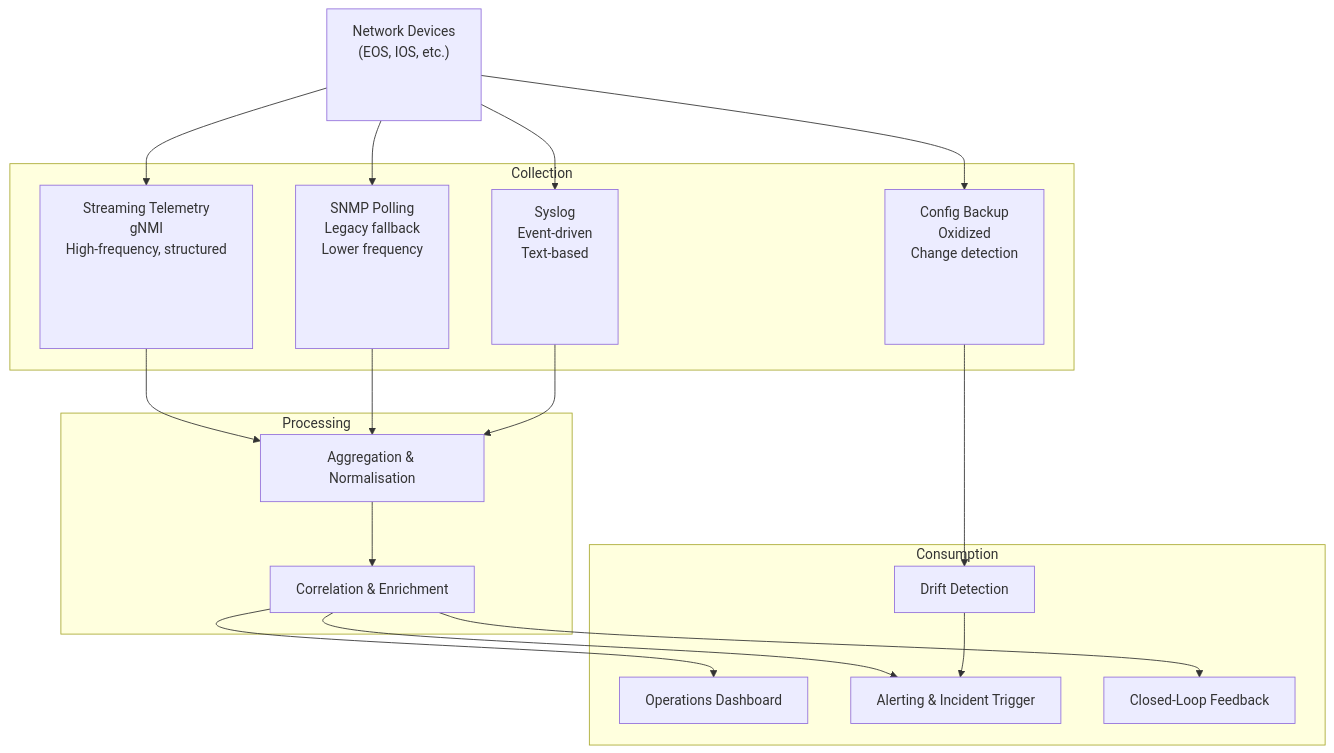
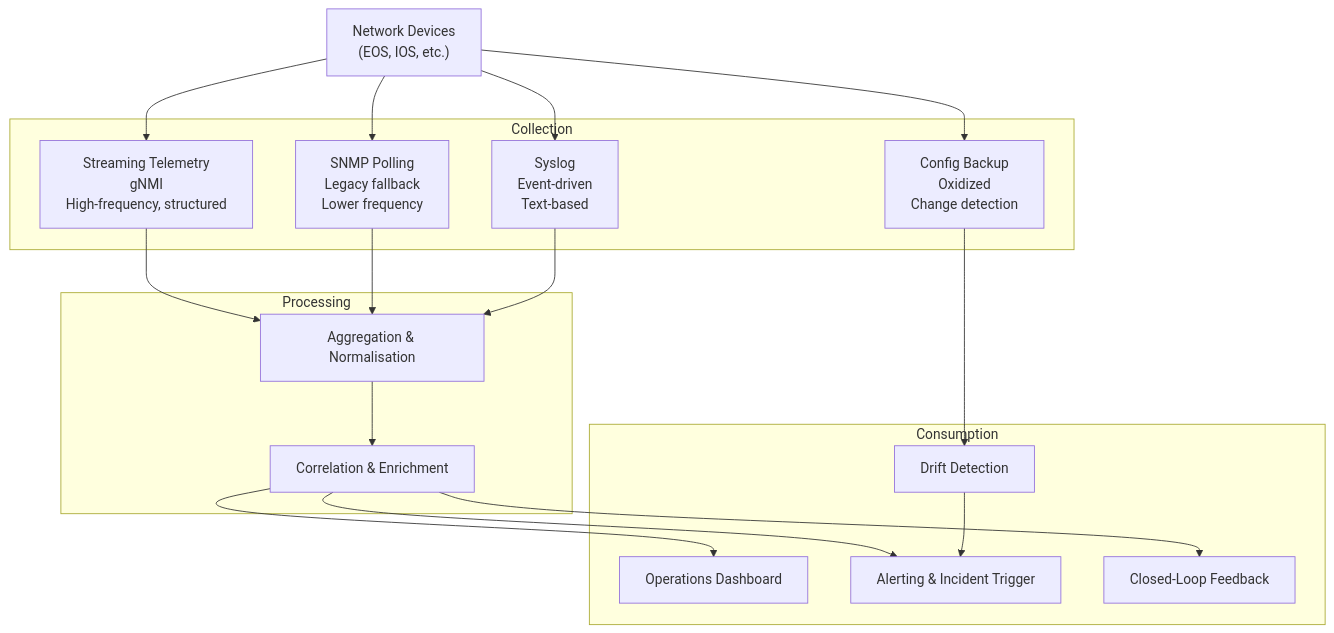
The first of 4 diagrams in 08-operations-automation/chapter.md (ppklau/network_automation_handbook), drawn with Mermaid before and after one commit. The commit also changed other lines of this file and 9 other files, not shown here.

Commit message:
Updated Mermaid charts.

````diff
--- a/08-operations-automation/chapter.md
+++ b/08-operations-automation/chapter.md
@@ -42,30 +42,30 @@
 ```mermaid
 graph TD
-    DEV["<div style='min-height:100px'>Network Devices<br>(EOS, IOS, etc.)</div>"]
+    DEV["Network Devices<br>(EOS, IOS, etc.)"]
 
     subgraph "Collection"
-        TEL["<div style='min-height:160px'>Streaming Telemetry<br>gNMI<br>High-frequency, structured</div>"]
-        SNMP["<div style='min-height:160px'>SNMP Polling<br>Legacy fallback<br>Lower frequency</div>"]
-        LOG["<div style='min-height:150px'>Syslog<br>Event-driven<br>Text-based</div>"]
-        CFG["<div style='min-height:150px'>Config Backup<br>Oxidized<br>Change detection</div>"]
+        TEL["Streaming Telemetry<br>gNMI<br>High-frequency, structured"]
+        SNMP["SNMP Polling<br>Legacy fallback<br>Lower frequency"]
+        LOG["Syslog<br>Event-driven<br>Text-based"]
+        CFG["Config Backup<br>Oxidized<br>Change detection"]
     end
 
     subgraph "Processing"
         AGG["Aggregation & Normalisation"]
         COR["Correlation & Enrichment"]
     end
 
     subgraph "Consumption"
         DASH["Operations Dashboard"]
         ALERT["Alerting & Incident Trigger"]
         DRIFT["Drift Detection"]
         FEED["Closed-Loop Feedback"]
     end
 
     DEV --> TEL & SNMP & LOG & CFG
     TEL & SNMP & LOG --> AGG
     CFG --> DRIFT
     AGG --> COR
     COR --> DASH & ALERT & FEED
     DRIFT --> ALERT
 ```
````
